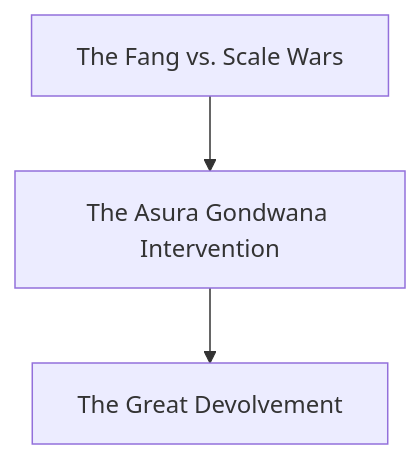
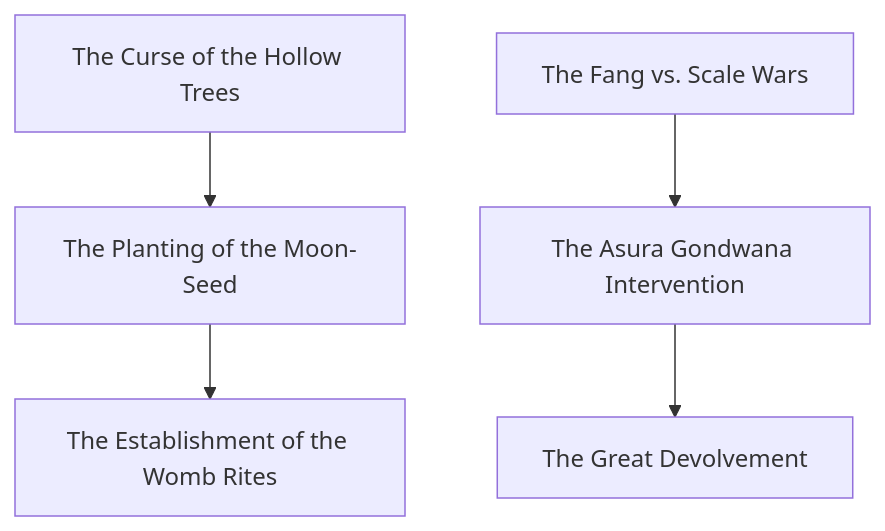
Before and after one commit to lordlebu/SouthOfTethys: the first of 6 diagrams in docs/atlas.md, drawn with Mermaid. The commit also changed other lines of this file and 20 other files, not shown here.

````diff
--- a/docs/atlas.md
+++ b/docs/atlas.md
@@ -30,8 +30,13 @@
 ```mermaid
 graph TD
-    E0["The Fang vs. Scale Wars"]
-    E1["The Asura Gondwana Intervention"]
-    E2["The Great Devolvement"]
-    E0 --> E1
+    E0["The Curse of the Hollow Trees"]
+    E1["The Fang vs. Scale Wars"]
+    E2["The Asura Gondwana Intervention"]
+    E3["The Great Devolvement"]
+    E4["The Planting of the Moon-Seed"]
+    E5["The Establishment of the Womb Rites"]
+    E0 --> E4
     E1 --> E2
+    E2 --> E3
+    E4 --> E5
 ```
````
